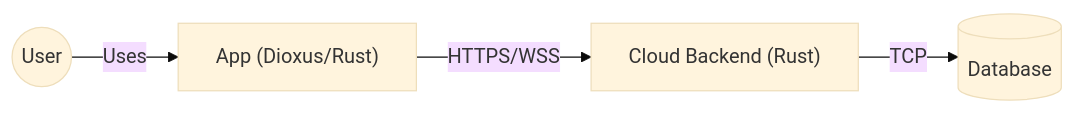
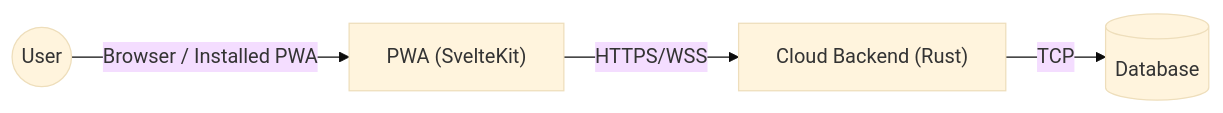
One commit to francesco-gaglione/focus_flow_cloud changed the diagram in doc/docs/architecture/overview.md. Above: the diagram before and after it, drawn with Mermaid (base theme). The commit also changed other lines of this file and 34 other files, not shown here.

````diff
--- a/doc/docs/architecture/overview.md
+++ b/doc/docs/architecture/overview.md
@@ -18,11 +18,11 @@
 ```mermaid
 graph LR
     User((User))
-    App["App (Dioxus/Rust)"]
+    PWA["PWA (SvelteKit)"]
     Back["Cloud Backend (Rust)"]
     DB[(Database)]
 
-    User -- Uses --> App
-    App -- HTTPS/WSS --> Back
+    User -- Browser / Installed PWA --> PWA
+    PWA -- HTTPS/WSS --> Back
     Back -- TCP --> DB
 ```
````
